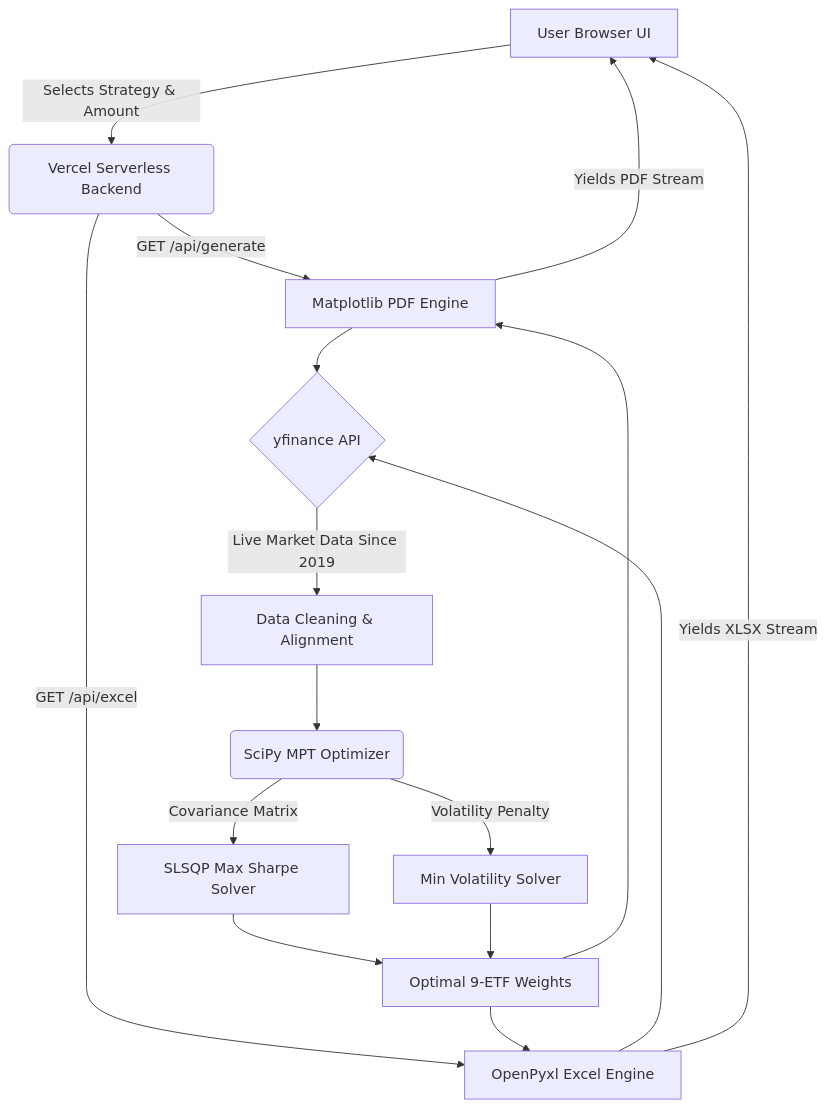
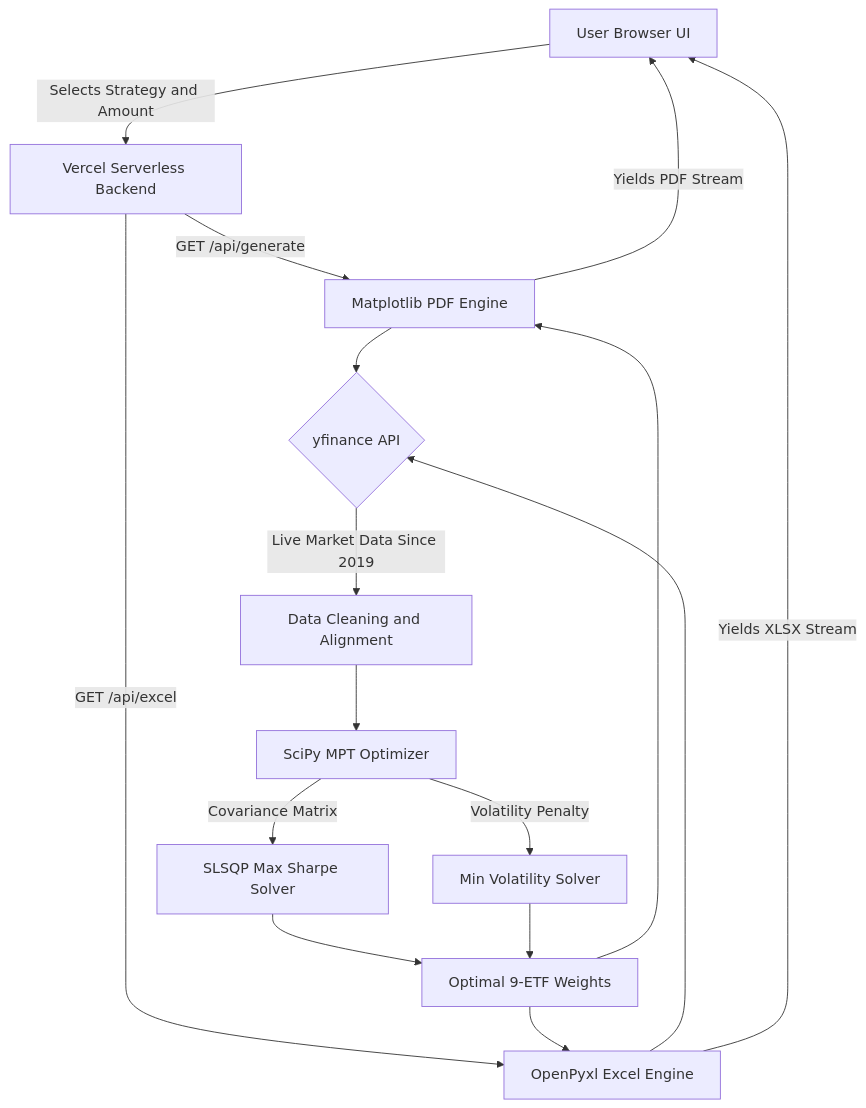
Before and after one commit to shibom-lang/MPT-Indian-ETF-Optimization: the diagram in README.md, drawn with Mermaid. The commit also changed other lines of this file, not shown here.

Commit message:
fix: Remove ampersands and rounded brackets from Mermaid to prevent GitHub rendering issues

````diff
--- a/README.md
+++ b/README.md
@@ -16,25 +16,25 @@
 ```mermaid
 flowchart TD
-    A[User Browser UI] -->|Selects Strategy & Amount| B(Vercel Serverless Backend)
+    A[User Browser UI] -->|Selects Strategy and Amount| B[Vercel Serverless Backend]
     
     B -->|GET /api/generate| C1[Matplotlib PDF Engine]
     B -->|GET /api/excel| C2[OpenPyxl Excel Engine]
     
     C1 --> D{yfinance API}
     C2 --> D
     
-    D -->|Live Market Data Since 2019| E[Data Cleaning & Alignment]
+    D -->|Live Market Data Since 2019| E[Data Cleaning and Alignment]
     
-    E --> F(SciPy MPT Optimizer)
+    E --> F[SciPy MPT Optimizer]
     F -->|Covariance Matrix| G1[SLSQP Max Sharpe Solver]
     F -->|Volatility Penalty| G2[Min Volatility Solver]
     
     G1 --> H[Optimal 9-ETF Weights]
     G2 --> H
     
     H --> C1
     H --> C2
     
     C1 -->|Yields PDF Stream| A
     C2 -->|Yields XLSX Stream| A
 ```
````
